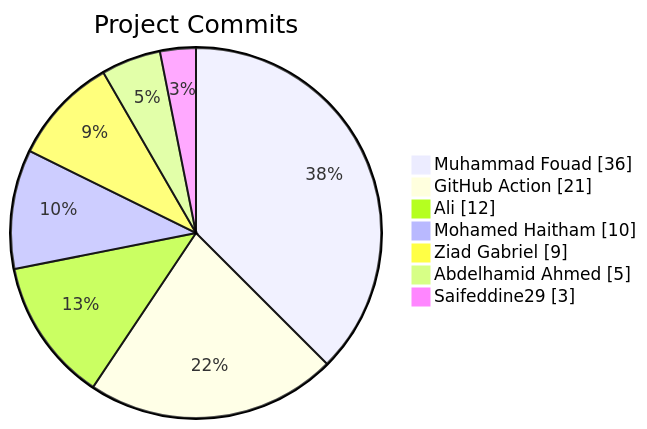
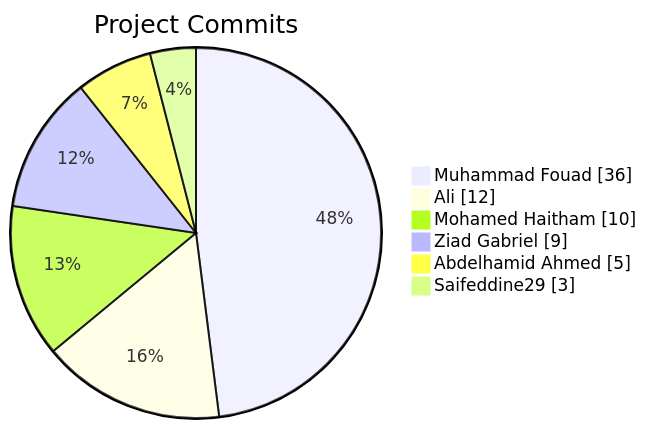
The diagram in README.md (Abdelhamid-El-rashidy/Library_System), drawn with Mermaid before and after one commit. The commit also changed 1 other file, not shown here.

Commit message:
Fix: Exclude GitHub Action authors from commit statistics.

````diff
--- a/README.md
+++ b/README.md
@@ -6,11 +6,10 @@
 ```mermaid
 pie showData
     title Project Commits
     "Muhammad Fouad" : 36
-    "GitHub Action" : 21
     "Ali" : 12
     "Mohamed Haitham" : 10
     "Ziad Gabriel" : 9
     "Abdelhamid Ahmed" : 5
     "Saifeddine29" : 3
 ```
````
